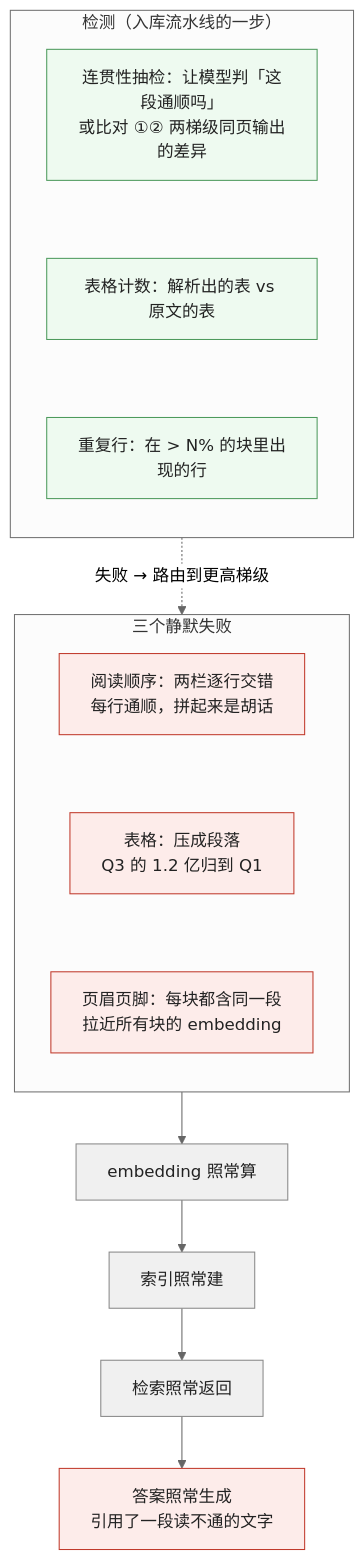
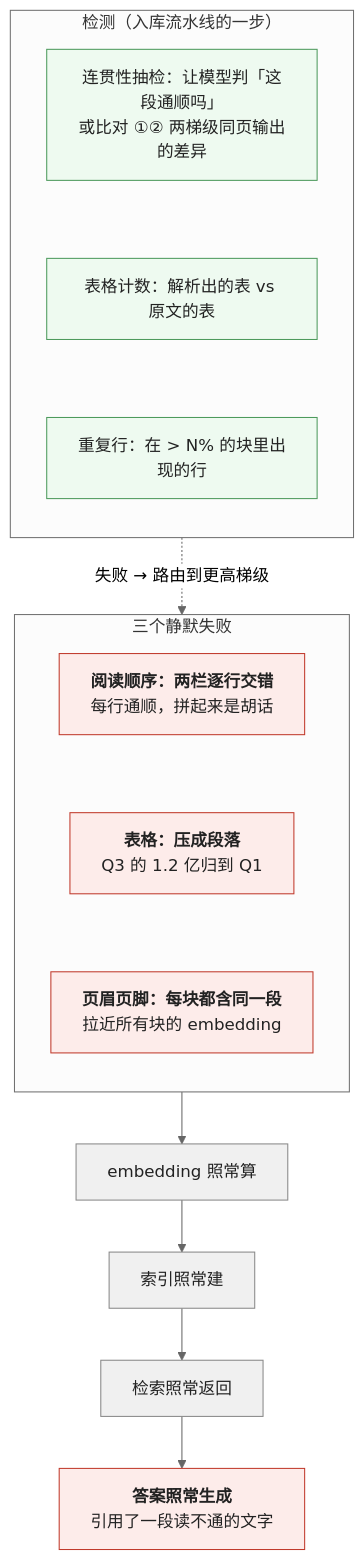
One commit to arganzheng/arganzheng.github.com changed the fourth of 8 diagrams in _posts/2026-10-15-document-parsing-and-chunking-for-retrieval.md. Above: the diagram before and after it, drawn with Mermaid (neutral theme). The commit also changed other lines of this file and 7 other files, not shown here.

First line of the commit message:
检索与知识接入：私域知识怎么进入模型：Mermaid 多行方框的首行标为标题（8 篇）

````diff
--- a/_posts/2026-10-15-document-parsing-and-chunking-for-retrieval.md
+++ b/_posts/2026-10-15-document-parsing-and-chunking-for-retrieval.md
@@ -121,20 +121,20 @@
 ```mermaid
 %% 图：三个静默失败在流水线里都能过关——两栏按 y 坐标交错成胡话、表格压成一串数字、页眉页脚混进每个块；embedding 照常算、检索照常返回、答案照常生成，用户看到的是引用了读不通文字的答案；只有主动检测才能发现
 flowchart TB
     subgraph F["三个静默失败"]
         direction TB
-        F1["阅读顺序：两栏逐行交错<br/>每行通顺，拼起来是胡话"] ~~~ F2["表格：压成段落<br/>Q3 的 1.2 亿归到 Q1"] ~~~ F3["页眉页脚：每块都含同一段<br/>拉近所有块的 embedding"]
+        F1["<b>阅读顺序：两栏逐行交错</b><br/>每行通顺，拼起来是胡话"] ~~~ F2["<b>表格：压成段落</b><br/>Q3 的 1.2 亿归到 Q1"] ~~~ F3["<b>页眉页脚：每块都含同一段</b><br/>拉近所有块的 embedding"]
     end
-    F --> E["embedding 照常算"] --> I["索引照常建"] --> S["检索照常返回"] --> G["答案照常生成<br/>引用了一段读不通的文字"]
+    F --> E["embedding 照常算"] --> I["索引照常建"] --> S["检索照常返回"] --> G["<b>答案照常生成</b><br/>引用了一段读不通的文字"]
     subgraph D["检测（入库流水线的一步）"]
         direction TB
         D1["连贯性抽检：让模型判「这段通顺吗」<br/>或比对 ①② 两梯级同页输出的差异"] ~~~ D2["表格计数：解析出的表 vs 原文的表"] ~~~ D3["重复行：在 > N% 的块里出现的行"]
     end
     D -.->|"失败 → 路由到更高梯级"| F
     classDef bad fill:#fdecea,stroke:#c0392b,color:#222
     classDef n fill:#f0f0f0,stroke:#888,color:#222
     classDef ok fill:#eefaf0,stroke:#4d9a5c,color:#222
     class F1,F2,F3,G bad
     class E,I,S n
     class D1,D2,D3 ok
 ```
````
